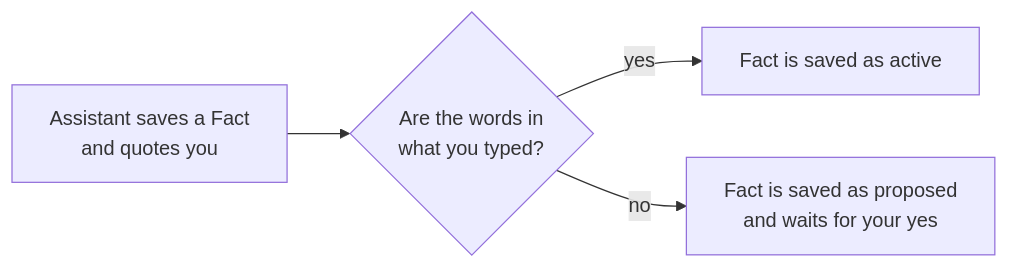
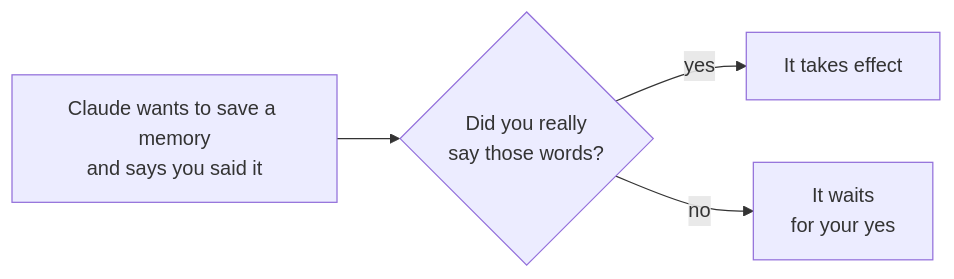
Before and after one commit to jesselei1102-hue/agentroot-claude-mod: the diagram in README.md, drawn with Mermaid. The commit also changed other lines of this file and 1 other file, not shown here.

First line of the commit message:
README for everyone: the idea in 30 seconds, what you do, what the screen says; details folded

````diff
--- a/README.md
+++ b/README.md
@@ -88,6 +77,6 @@
 ```mermaid
 flowchart LR
-    A["Assistant saves a Fact<br/>and quotes you"] --> B{"Are the words in<br/>what you typed?"}
-    B -- yes --> C["Fact is saved as active"]
-    B -- no --> D["Fact is saved as proposed<br/>and waits for your yes"]
+    A["Claude wants to save a memory<br/>and says you said it"] --> B{"Did you really<br/>say those words?"}
+    B -- yes --> C["It takes effect"]
+    B -- no --> D["It waits<br/>for your yes"]
 ```
````
